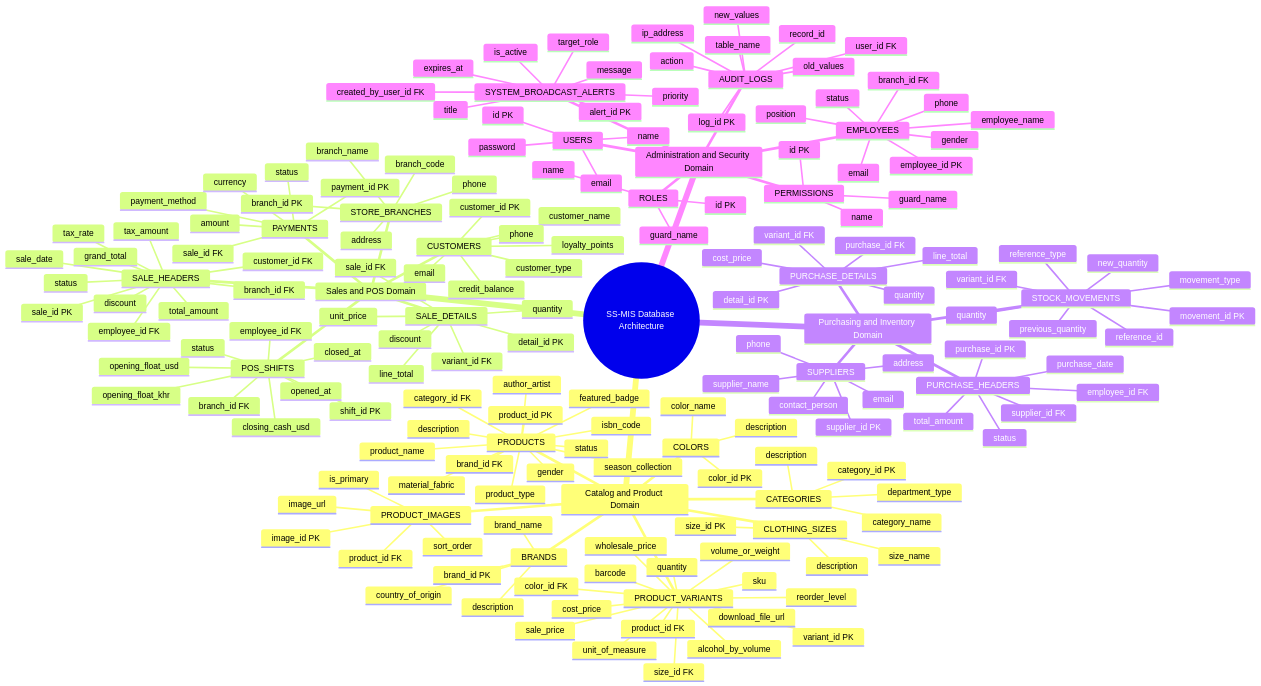
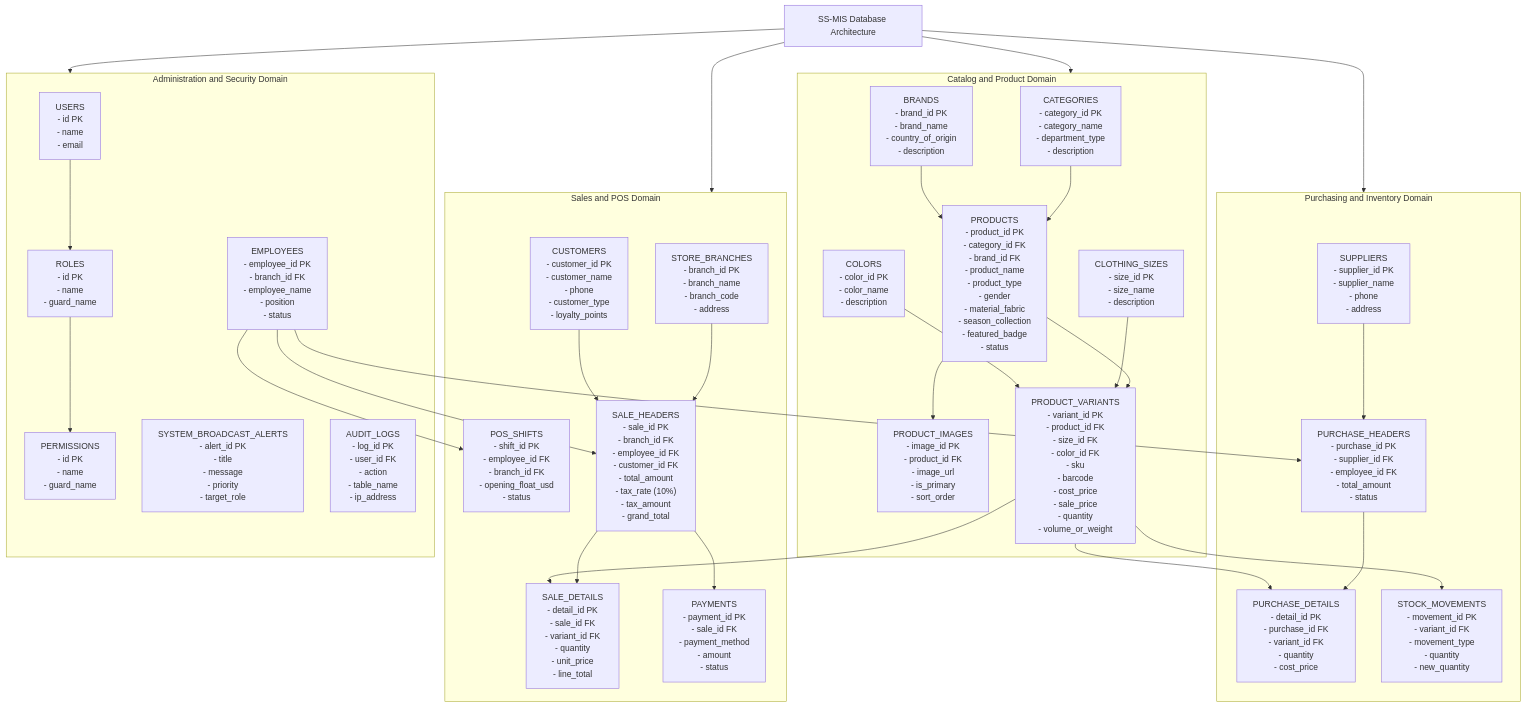
One commit to SNPCodeLab/outfit-shop-api changed the diagram in README.md. Above: the diagram before and after it, drawn with Mermaid. The commit also changed 1 other file, not shown here.

Commit message:
fix(docs): replace mindmap with standard flowchart TB diagrams for universal markdown renderer support

````diff
--- a/README.md
+++ b/README.md
@@ -19,183 +19,68 @@
 ```mermaid
-mindmap
-  root((SS-MIS Database Architecture))
-    Catalog and Product Domain
-      CATEGORIES
-        category_id PK
-        category_name
-        department_type
-        description
-      BRANDS
-        brand_id PK
-        brand_name
-        country_of_origin
-        description
-      PRODUCTS
-        product_id PK
-        category_id FK
-        brand_id FK
-        product_name
-        product_type
-        gender
-        material_fabric
-        season_collection
-        featured_badge
-        author_artist
-        isbn_code
-        description
-        status
-      PRODUCT_IMAGES
-        image_id PK
-        product_id FK
-        image_url
-        is_primary
-        sort_order
-      CLOTHING_SIZES
-        size_id PK
-        size_name
-        description
-      COLORS
-        color_id PK
-        color_name
-        description
-      PRODUCT_VARIANTS
-        variant_id PK
-        product_id FK
-        size_id FK
-        color_id FK
-        sku
-        barcode
-        cost_price
-        sale_price
-        wholesale_price
-        quantity
-        reorder_level
-        unit_of_measure
-        volume_or_weight
-        alcohol_by_volume
-        download_file_url
-    Sales and POS Domain
-      STORE_BRANCHES
-        branch_id PK
-        branch_name
-        branch_code
-        address
-        phone
-      CUSTOMERS
-        customer_id PK
-        customer_name
-        phone
-        email
-        customer_type
-        loyalty_points
-        credit_balance
-      POS_SHIFTS
-        shift_id PK
-        employee_id FK
-        branch_id FK
-        opened_at
-        closed_at
-        opening_float_usd
-        opening_float_khr
-        closing_cash_usd
-        status
-      SALE_HEADERS
-        sale_id PK
-        branch_id FK
-        employee_id FK
-        customer_id FK
-        sale_date
-        total_amount
-        discount
-        tax_rate
-        tax_amount
-        grand_total
-        status
-      SALE_DETAILS
-        detail_id PK
-        sale_id FK
-        variant_id FK
-        quantity
-        unit_price
-        discount
-        line_total
-      PAYMENTS
-        payment_id PK
-        sale_id FK
-        payment_method
-        amount
-        currency
-        status
-    Purchasing and Inventory Domain
-      SUPPLIERS
-        supplier_id PK
-        supplier_name
-        contact_person
-        phone
-        email
-        address
-      PURCHASE_HEADERS
-        purchase_id PK
-        supplier_id FK
-        employee_id FK
-        purchase_date
-        total_amount
-        status
-      PURCHASE_DETAILS
-        detail_id PK
-        purchase_id FK
-        variant_id FK
-        quantity
-        cost_price
-        line_total
-      STOCK_MOVEMENTS
-        movement_id PK
-        variant_id FK
-        movement_type
-        quantity
-        previous_quantity
-        new_quantity
-        reference_type
-        reference_id
-    Administration and Security Domain
-      USERS
-        id PK
-        name
-        email
-        password
-      ROLES
-        id PK
-        name
-        guard_name
-      PERMISSIONS
-        id PK
-        name
-        guard_name
-      EMPLOYEES
-        employee_id PK
-        branch_id FK
-        employee_name
-        gender
-        phone
-        email
-        position
-        status
-      SYSTEM_BROADCAST_ALERTS
-        alert_id PK
-        created_by_user_id FK
-        title
-        message
-        priority
-        target_role
-        is_active
-        expires_at
-      AUDIT_LOGS
-        log_id PK
-        user_id FK
-        action
-        table_name
-        record_id
-        old_values
-        new_values
-        ip_address
+flowchart TB
+    root["SS-MIS Database Architecture"]
+
+    subgraph D1["Catalog and Product Domain"]
+        CATEGORIES["CATEGORIES<br/>- category_id PK<br/>- category_name<br/>- department_type<br/>- description"]
+        BRANDS["BRANDS<br/>- brand_id PK<br/>- brand_name<br/>- country_of_origin<br/>- description"]
+        PRODUCTS["PRODUCTS<br/>- product_id PK<br/>- category_id FK<br/>- brand_id FK<br/>- product_name<br/>- product_type<br/>- gender<br/>- material_fabric<br/>- season_collection<br/>- featured_badge<br/>- status"]
+        PRODUCT_IMAGES["PRODUCT_IMAGES<br/>- image_id PK<br/>- product_id FK<br/>- image_url<br/>- is_primary<br/>- sort_order"]
+        CLOTHING_SIZES["CLOTHING_SIZES<br/>- size_id PK<br/>- size_name<br/>- description"]
+        COLORS["COLORS<br/>- color_id PK<br/>- color_name<br/>- description"]
+        PRODUCT_VARIANTS["PRODUCT_VARIANTS<br/>- variant_id PK<br/>- product_id FK<br/>- size_id FK<br/>- color_id FK<br/>- sku<br/>- barcode<br/>- cost_price<br/>- sale_price<br/>- quantity<br/>- volume_or_weight"]
+    end
+
+    subgraph D2["Sales and POS Domain"]
+        STORE_BRANCHES["STORE_BRANCHES<br/>- branch_id PK<br/>- branch_name<br/>- branch_code<br/>- address"]
+        CUSTOMERS["CUSTOMERS<br/>- customer_id PK<br/>- customer_name<br/>- phone<br/>- customer_type<br/>- loyalty_points"]
+        POS_SHIFTS["POS_SHIFTS<br/>- shift_id PK<br/>- employee_id FK<br/>- branch_id FK<br/>- opening_float_usd<br/>- status"]
+        SALE_HEADERS["SALE_HEADERS<br/>- sale_id PK<br/>- branch_id FK<br/>- employee_id FK<br/>- customer_id FK<br/>- total_amount<br/>- tax_rate (10%)<br/>- tax_amount<br/>- grand_total"]
+        SALE_DETAILS["SALE_DETAILS<br/>- detail_id PK<br/>- sale_id FK<br/>- variant_id FK<br/>- quantity<br/>- unit_price<br/>- line_total"]
+        PAYMENTS["PAYMENTS<br/>- payment_id PK<br/>- sale_id FK<br/>- payment_method<br/>- amount<br/>- status"]
+    end
+
+    subgraph D3["Purchasing and Inventory Domain"]
+        SUPPLIERS["SUPPLIERS<br/>- supplier_id PK<br/>- supplier_name<br/>- phone<br/>- address"]
+        PURCHASE_HEADERS["PURCHASE_HEADERS<br/>- purchase_id PK<br/>- supplier_id FK<br/>- employee_id FK<br/>- total_amount<br/>- status"]
+        PURCHASE_DETAILS["PURCHASE_DETAILS<br/>- detail_id PK<br/>- purchase_id FK<br/>- variant_id FK<br/>- quantity<br/>- cost_price"]
+        STOCK_MOVEMENTS["STOCK_MOVEMENTS<br/>- movement_id PK<br/>- variant_id FK<br/>- movement_type<br/>- quantity<br/>- new_quantity"]
+    end
+
+    subgraph D4["Administration and Security Domain"]
+        USERS["USERS<br/>- id PK<br/>- name<br/>- email"]
+        ROLES["ROLES<br/>- id PK<br/>- name<br/>- guard_name"]
+        PERMISSIONS["PERMISSIONS<br/>- id PK<br/>- name<br/>- guard_name"]
+        EMPLOYEES["EMPLOYEES<br/>- employee_id PK<br/>- branch_id FK<br/>- employee_name<br/>- position<br/>- status"]
+        SYSTEM_BROADCAST_ALERTS["SYSTEM_BROADCAST_ALERTS<br/>- alert_id PK<br/>- title<br/>- message<br/>- priority<br/>- target_role"]
+        AUDIT_LOGS["AUDIT_LOGS<br/>- log_id PK<br/>- user_id FK<br/>- action<br/>- table_name<br/>- ip_address"]
+    end
+
+    root --> D1
+    root --> D2
+    root --> D3
+    root --> D4
+
+    CATEGORIES --> PRODUCTS
+    BRANDS --> PRODUCTS
+    PRODUCTS --> PRODUCT_VARIANTS
+    PRODUCTS --> PRODUCT_IMAGES
+    CLOTHING_SIZES --> PRODUCT_VARIANTS
+    COLORS --> PRODUCT_VARIANTS
+
+    STORE_BRANCHES --> SALE_HEADERS
+    CUSTOMERS --> SALE_HEADERS
+    EMPLOYEES --> SALE_HEADERS
+    SALE_HEADERS --> SALE_DETAILS
+    SALE_HEADERS --> PAYMENTS
+    PRODUCT_VARIANTS --> SALE_DETAILS
+
+    SUPPLIERS --> PURCHASE_HEADERS
+    EMPLOYEES --> PURCHASE_HEADERS
+    PURCHASE_HEADERS --> PURCHASE_DETAILS
+    PRODUCT_VARIANTS --> PURCHASE_DETAILS
+    PRODUCT_VARIANTS --> STOCK_MOVEMENTS
+
+    USERS --> ROLES
+    ROLES --> PERMISSIONS
+    EMPLOYEES --> POS_SHIFTS
 ```
````
